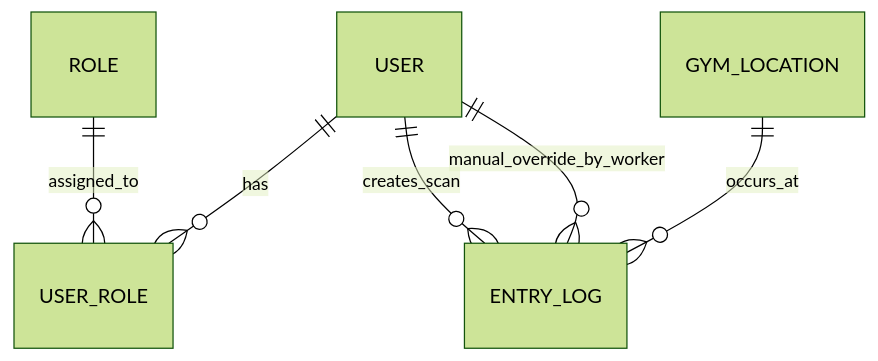
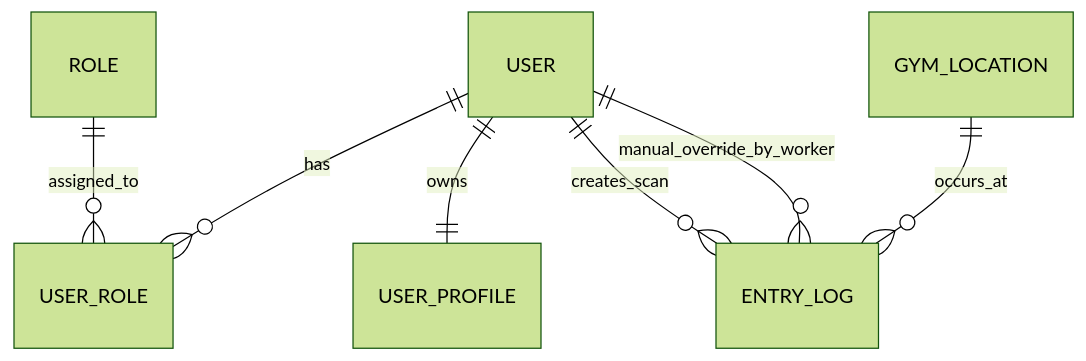
Before and after one commit to dusannd/fitpass-clone-backend: the first of 3 diagrams in SCHEMAS.md, drawn with Mermaid (forest theme). The commit also changed other lines of this file and 3 other files, not shown here.

````diff
--- a/SCHEMAS.md
+++ b/SCHEMAS.md
@@ -12,9 +31,10 @@
 ```mermaid
 erDiagram
     USER ||--o{ USER_ROLE : has
     ROLE ||--o{ USER_ROLE : assigned_to
-    
+    USER ||--|| USER_PROFILE : owns
+ 
     USER ||--o{ ENTRY_LOG : creates_scan
     GYM_LOCATION ||--o{ ENTRY_LOG : occurs_at
     USER ||--o{ ENTRY_LOG : manual_override_by_worker
 ```
````
